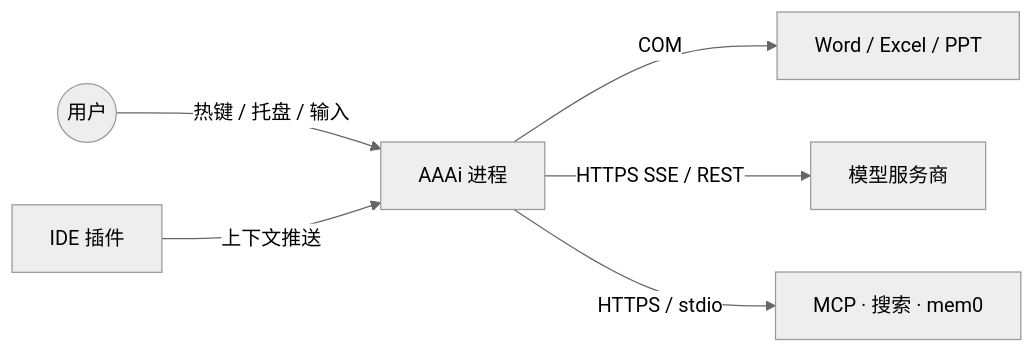
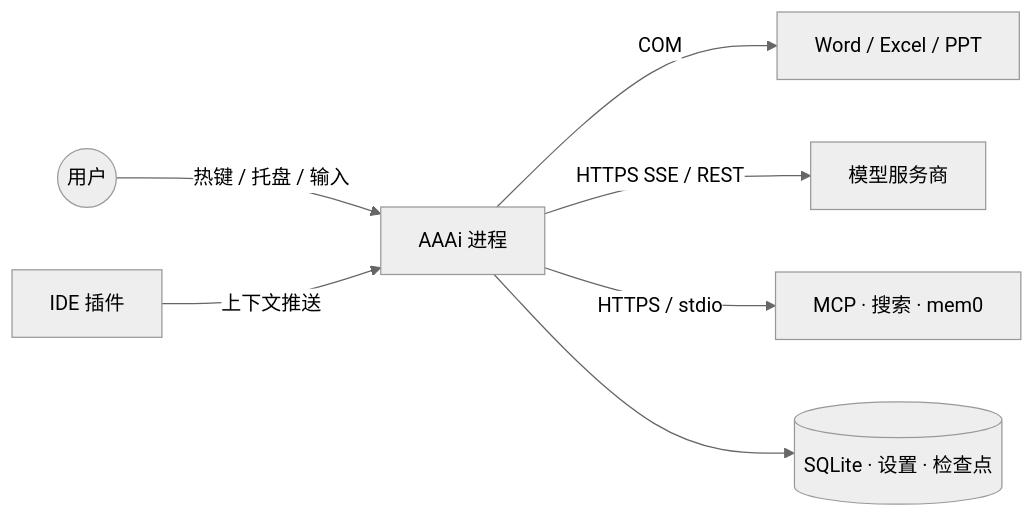
One commit to rururunu/AAAi changed the first of 11 diagrams in docs/architecture-overview.zh-CN.md. Above: the diagram before and after it, drawn with Mermaid (neutral theme). The commit also changed other lines of this file and 98 other files, not shown here.

Commit message:
feat: 应用内远程更新、工具活动折叠展示与投标/docx 技能扩展 - 集成 Tauri Updater：工作台更新按钮、关于页检测/安装、GitHub Releases 配置 - 新增发版文档与 generate-latest-json / rename-msi 脚本，支持手动与 CI 发布 - 工具活动 UI：单行无展开按钮，多步折叠为摘要列表 - 扩展 bid_tech、vendor docx/pandoc 技能与 Word Office 工具 - 新增架构文档、更新 README 与产品截图

````diff
--- a/docs/architecture-overview.zh-CN.md
+++ b/docs/architecture-overview.zh-CN.md
@@ -40,8 +46,9 @@
 ```mermaid
 flowchart LR
   User((用户)) -->|热键 / 托盘 / 输入| Host[AAAi 进程]
   IDE[IDE 插件] -->|上下文推送| Host
   Host -->|COM| Office[Word / Excel / PPT]
   Host -->|HTTPS SSE / REST| LLM[模型服务商]
   Host -->|HTTPS / stdio| Aux[MCP · 搜索 · mem0]
+  Host --> Disk[(SQLite · 设置 · 检查点)]
 ```
````
